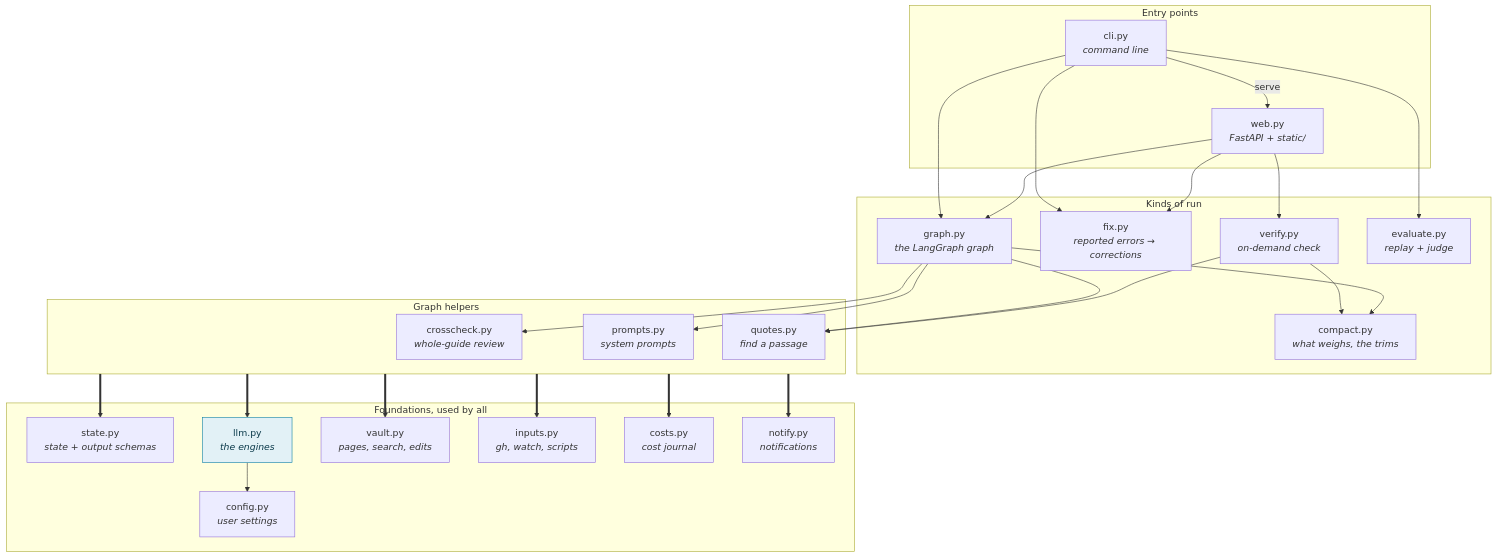
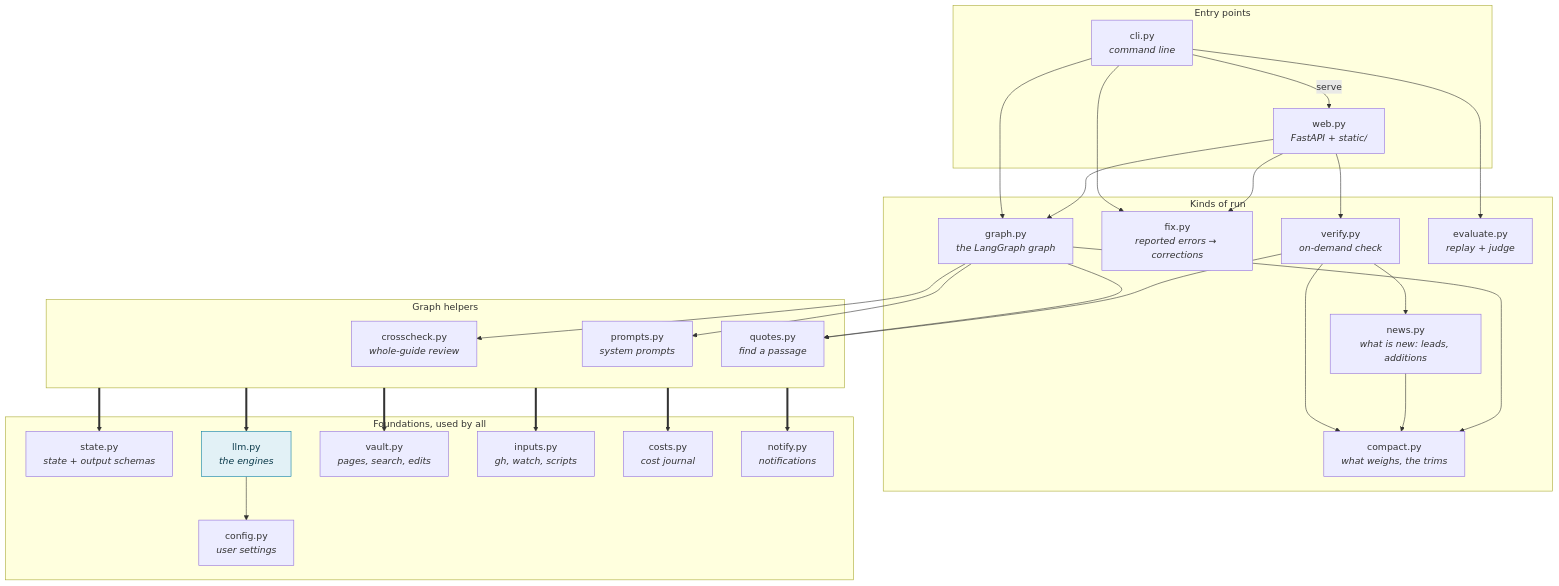
One commit to DamienBecherini/vault-watch-agent changed the first of 6 diagrams in docs/code.md. Above: the diagram before and after it, drawn with Mermaid. The commit also changed other lines of this file and 18 other files, not shown here.

Commit message:
Look for what is new: a check lists what a reader would look for and not find, with what past watches set aside; the leads kept go to an addition run, each checked on the web; the server's reads wait for a file being swapped

````diff
--- a/docs/code.md
+++ b/docs/code.md
@@ -19,38 +19,40 @@
 ```mermaid
 flowchart TB
   subgraph entry["Entry points"]
     cli["cli.py<br/><i>command line</i>"]
     web["web.py<br/><i>FastAPI + static/</i>"]
   end
   subgraph runs["Kinds of run"]
     graphpy["graph.py<br/><i>the LangGraph graph</i>"]
     fix["fix.py<br/><i>reported errors → corrections</i>"]
     verify["verify.py<br/><i>on-demand check</i>"]
     compact["compact.py<br/><i>what weighs, the trims</i>"]
+    news["news.py<br/><i>what is new: leads, additions</i>"]
     evaluate["evaluate.py<br/><i>replay + judge</i>"]
   end
   subgraph steps["Graph helpers"]
     crosscheck["crosscheck.py<br/><i>whole-guide review</i>"]
     prompts["prompts.py<br/><i>system prompts</i>"]
     quotes["quotes.py<br/><i>find a passage</i>"]
   end
   subgraph base["Foundations, used by all"]
     state["state.py<br/><i>state + output schemas</i>"]
     llm["llm.py<br/><i>the engines</i>"]
     config["config.py<br/><i>user settings</i>"]
     vault["vault.py<br/><i>pages, search, edits</i>"]
     inputs["inputs.py<br/><i>gh, watch, scripts</i>"]
     costs["costs.py<br/><i>cost journal</i>"]
     notify["notify.py<br/><i>notifications</i>"]
   end
   cli -->|"serve"| web
   cli --> graphpy & fix & evaluate
   web --> graphpy & fix & verify
   graphpy --> crosscheck & prompts & quotes
-  verify --> quotes & compact
+  verify --> quotes & compact & news
+  news --> compact
   graphpy --> compact
   steps ==> state & llm & vault & inputs & costs & notify
   llm --> config
   classDef model fill:#e2f1f6,stroke:#0a7ea4,color:#0b3a4a
   class llm model
 ```
````
